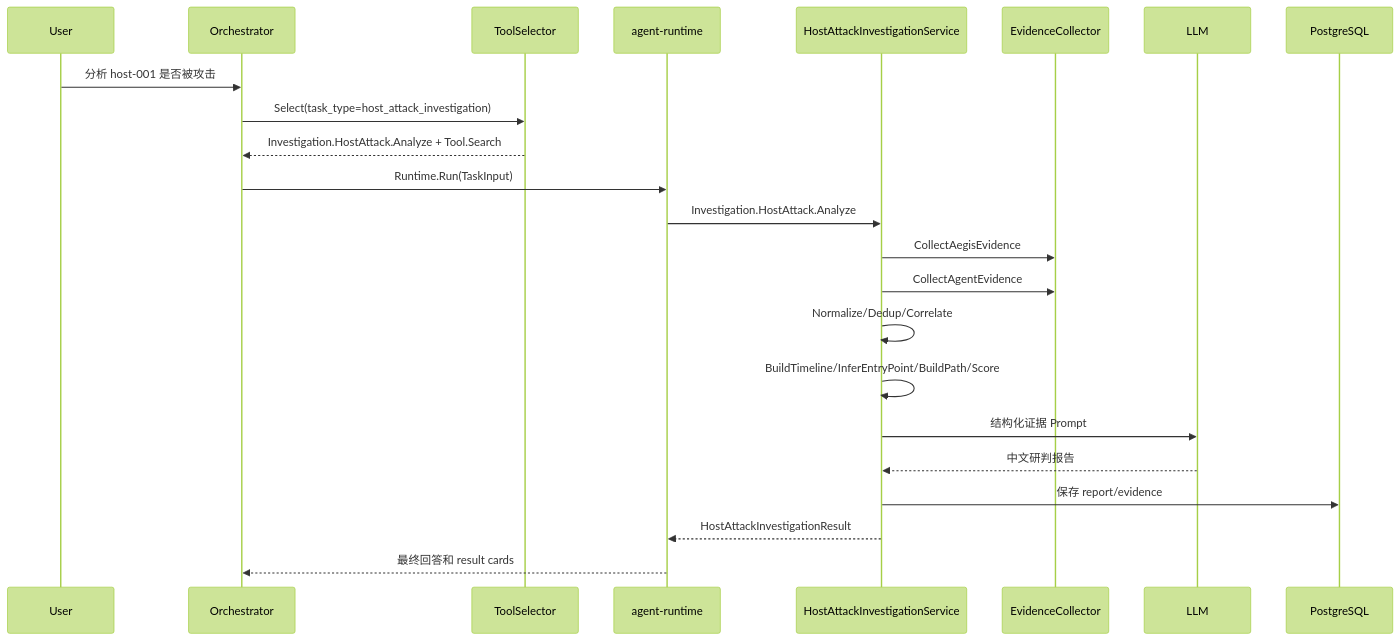
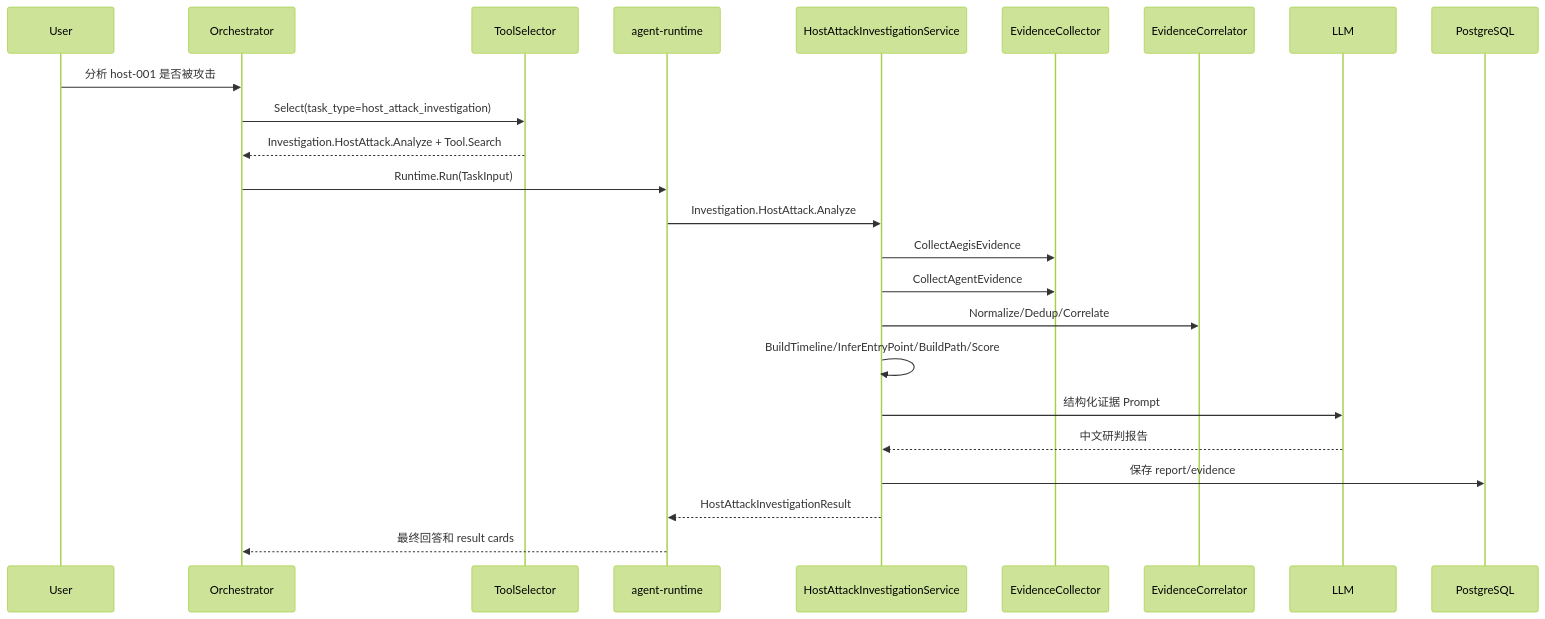
The third of 3 diagrams in docs/aegis_system_design_v6.0/host_attack_investigation_agent_design_v6.0.md (alex-chenc/aegis), drawn with Mermaid (forest theme) before and after one commit. The commit also changed other lines of this file and 83 other files, not shown here.

````diff
--- a/docs/aegis_system_design_v6.0/host_attack_investigation_agent_design_v6.0.md
+++ b/docs/aegis_system_design_v6.0/host_attack_investigation_agent_design_v6.0.md
@@ -510,26 +559,27 @@
 ```mermaid
 sequenceDiagram
   participant U as User
   participant OR as Orchestrator
   participant TS as ToolSelector
   participant RT as agent-runtime
   participant HAI as HostAttackInvestigationService
   participant EC as EvidenceCollector
+  participant COR as EvidenceCorrelator
   participant LLM as LLM
   participant DB as PostgreSQL
 
   U->>OR: 分析 host-001 是否被攻击
   OR->>TS: Select(task_type=host_attack_investigation)
   TS-->>OR: Investigation.HostAttack.Analyze + Tool.Search
   OR->>RT: Runtime.Run(TaskInput)
   RT->>HAI: Investigation.HostAttack.Analyze
   HAI->>EC: CollectAegisEvidence
   HAI->>EC: CollectAgentEvidence
-  HAI->>HAI: Normalize/Dedup/Correlate
+  HAI->>COR: Normalize/Dedup/Correlate
   HAI->>HAI: BuildTimeline/InferEntryPoint/BuildPath/Score
   HAI->>LLM: 结构化证据 Prompt
   LLM-->>HAI: 中文研判报告
   HAI->>DB: 保存 report/evidence
   HAI-->>RT: HostAttackInvestigationResult
   RT-->>OR: 最终回答和 result cards
 ```
````
